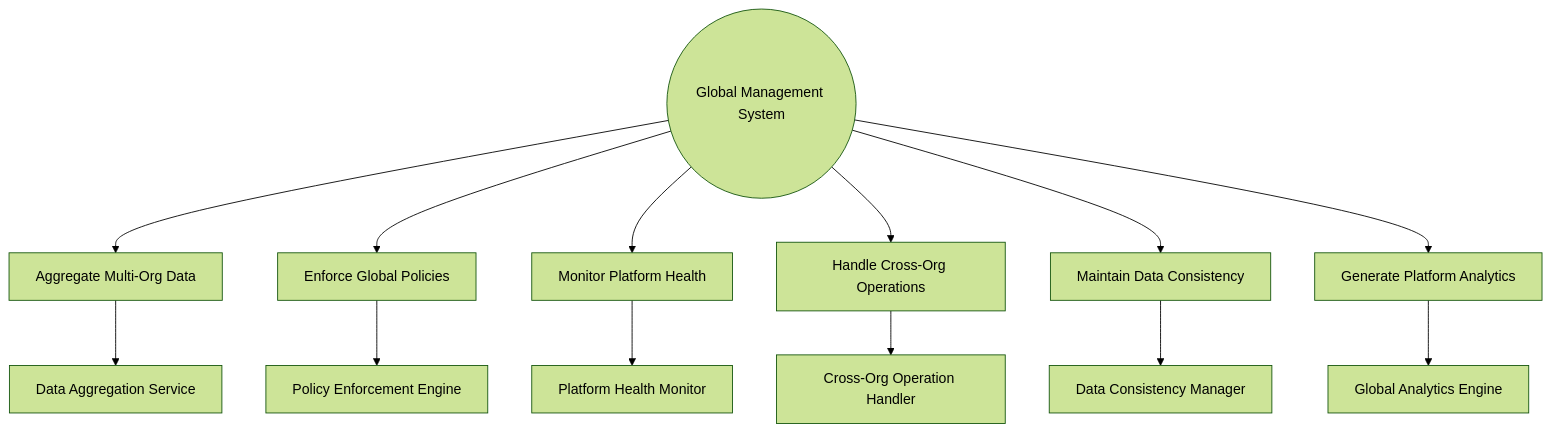
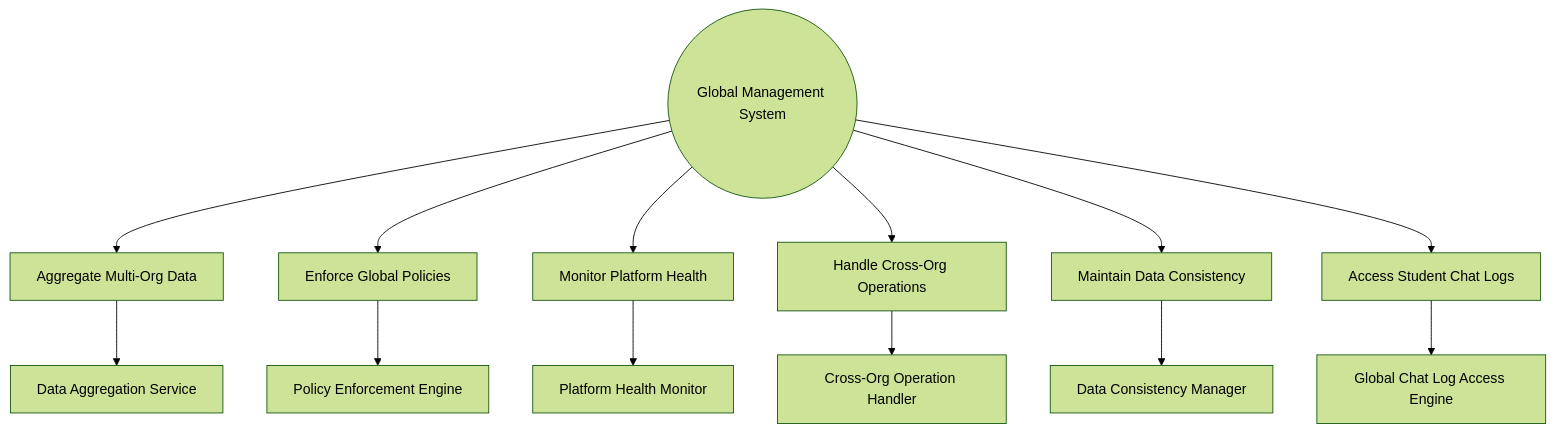
Before and after one commit to pzcuongnextchain/ai-smartlearn2-docs: diagram 12 of 23 in ai-smart-learning-renewal/super-admin/global-data-management/flows-and-diagrams.md, drawn with Mermaid (forest theme). The commit also changed other lines of this file and 4 other files, not shown here.

````diff
--- a/ai-smart-learning-renewal/super-admin/global-data-management/flows-and-diagrams.md
+++ b/ai-smart-learning-renewal/super-admin/global-data-management/flows-and-diagrams.md
@@ -309,18 +305,18 @@
 ```mermaid
 graph TB
     GlobalSystem((Global Management System))
     
     GlobalSystem --> UC1[Aggregate Multi-Org Data]
     GlobalSystem --> UC2[Enforce Global Policies]
     GlobalSystem --> UC3[Monitor Platform Health]
     GlobalSystem --> UC4[Handle Cross-Org Operations]
     GlobalSystem --> UC5[Maintain Data Consistency]
-    GlobalSystem --> UC6[Generate Platform Analytics]
+    GlobalSystem --> UC6[Access Student Chat Logs]
     
     UC1 --> DataAggregator[Data Aggregation Service]
     UC2 --> PolicyEngine[Policy Enforcement Engine]
     UC3 --> HealthMonitor[Platform Health Monitor]
     UC4 --> CrossOrgHandler[Cross-Org Operation Handler]
     UC5 --> ConsistencyManager[Data Consistency Manager]
-    UC6 --> AnalyticsEngine[Global Analytics Engine]
+    UC6 --> ChatLogEngine[Global Chat Log Access Engine]
 ```
````
